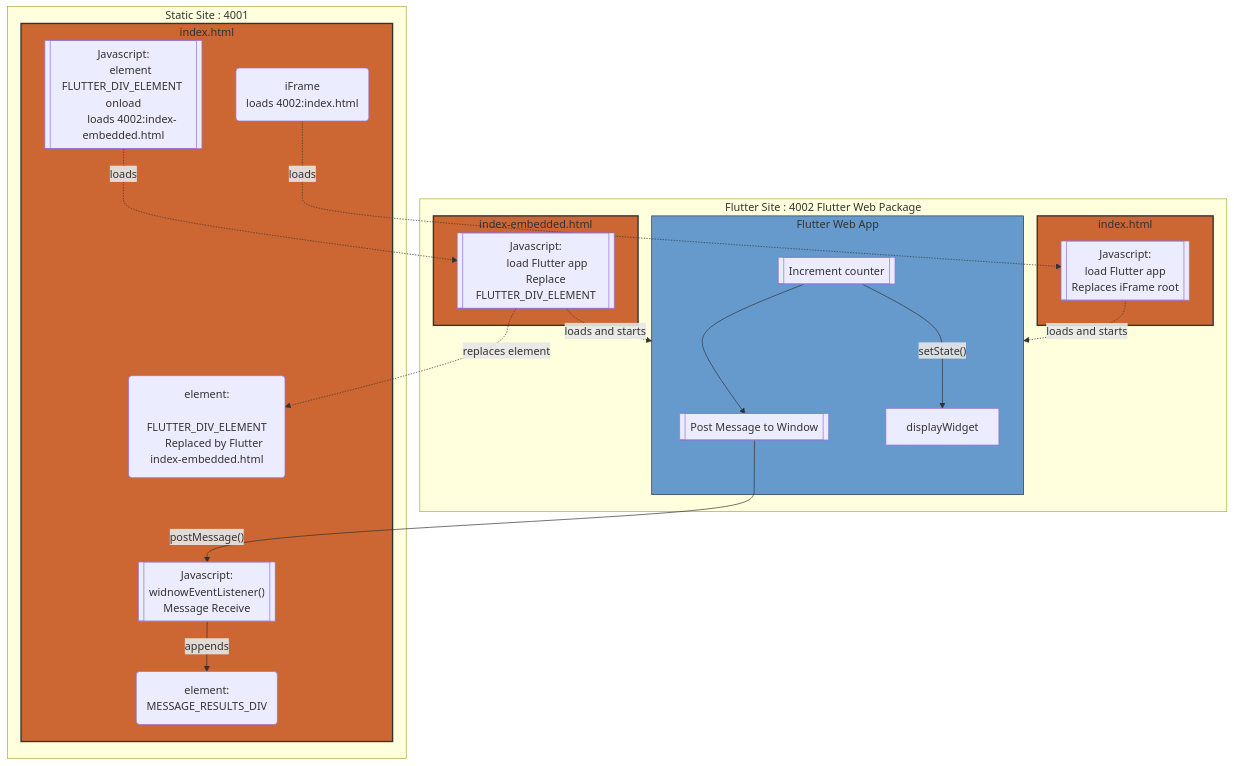
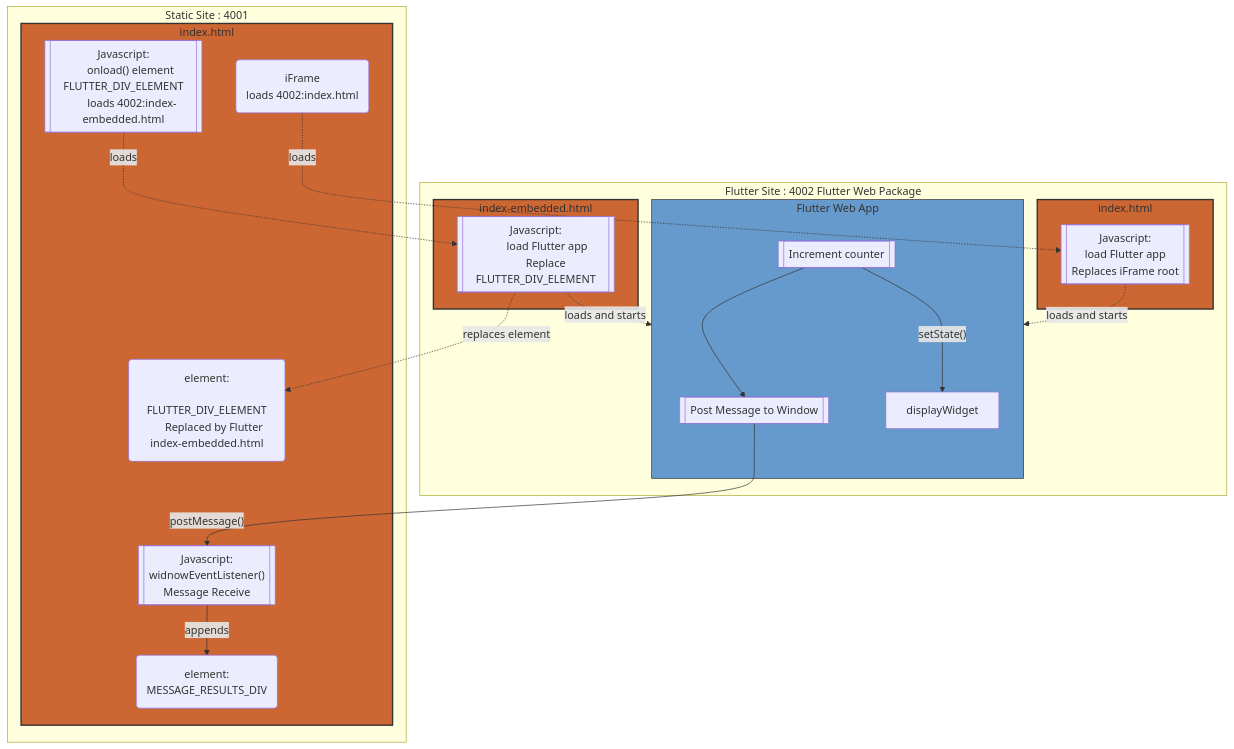
One commit to freemansoft/flutter-embedded changed the diagram in README.md. Above: the diagram before and after it, drawn with Mermaid.

Commit message:
drawing update

````diff
--- a/README.md
+++ b/README.md
@@ -11,60 +11,60 @@
 ```mermaid
 graph TD
   subgraph 4001[Static Site : 4001]
     subgraph staticIndex[index.html]
       iFrame("iFrame
       loads 4002:index.html")
 
       elementLoad[["Javascript:
-      element FLUTTER_DIV_ELEMENT onload
+      onload() element FLUTTER_DIV_ELEMENT
       loads 4002:index-embedded.html"]]
 
       elementFlutterDiv("element:
       FLUTTER_DIV_ELEMENT
       Replaced by Flutter index-embedded.html")
 
       messageReceive[["Javascript:
       widnowEventListener()
       Message Receive"]]
       elementMessage("element:
       MESSAGE_RESULTS_DIV")
     end
   end
 
   subgraph 4002[Flutter Site : 4002 Flutter Web Package]
       subgraph flutterIndex[index.html]
         flutterIndexLoad[["Javascript:
         load Flutter app
         Replaces iFrame root"]]
       end
       subgraph flutterIndexEmbedded[index-embedded.html]
         flutterIndexLoadEmbedded[["Javascript:
         load Flutter app
         Replace FLUTTER_DIV_ELEMENT"]]
       end
       subgraph flutter[Flutter Web App]
         flutterPostMessage[["Post Message to Window"]]
         counter[[Increment counter]]
         displayWidget
       end
   end
 
   elementLoad-.loads.->flutterIndexLoadEmbedded
   iFrame-.loads.->flutterIndexLoad
 
   flutterIndexLoadEmbedded-.loads and starts.->flutter
   flutterIndexLoad-.loads and starts.->flutter
   flutterIndexLoadEmbedded-.replaces element.->elementFlutterDiv
   counter-->flutterPostMessage
   counter--setState()-->displayWidget
 
   flutterPostMessage--postMessage()-->messageReceive
   messageReceive--appends-->elementMessage
 
 
   classDef orange fill:#c63,stroke:#333,stroke-width:2px;
   classDef blue fill:#69c,stroke:#333,strong-width:2px;
   class staticIndex,flutterIndex,flutterIndexEmbedded orange
   class flutter blue
 
 ```
````
